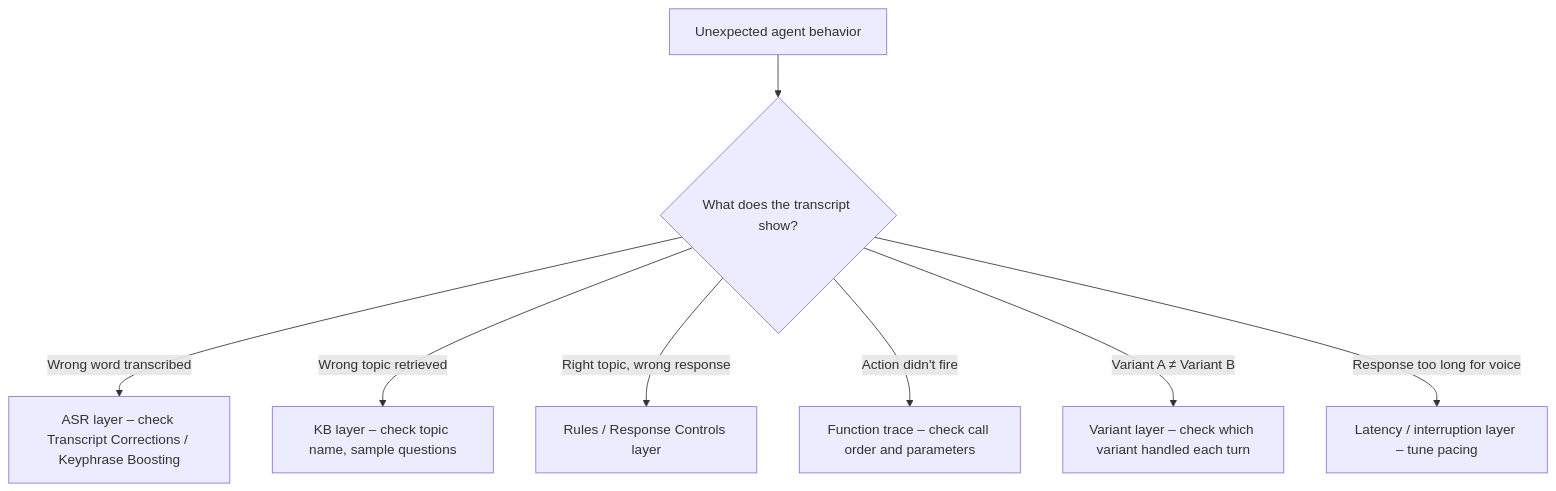
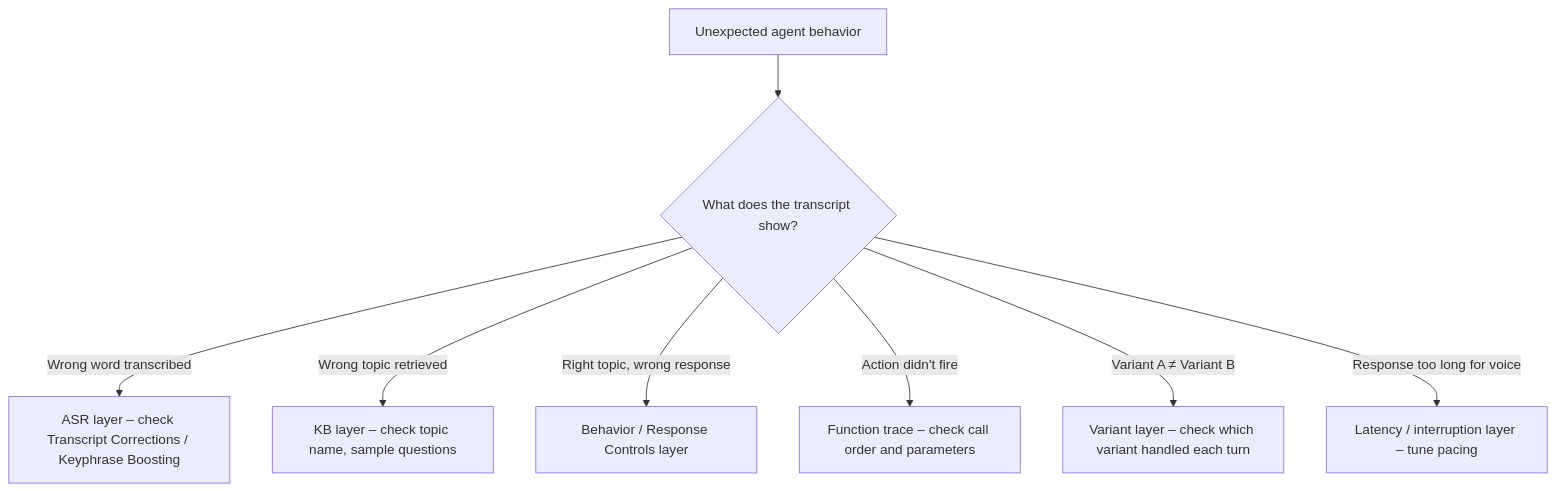
The diagram in learn/guides/advanced/conv-review.mdx (PolyAI-LDN/polyai-mintlify-doc), drawn with Mermaid before and after one commit. The commit also changed other lines of this file and 42 other files, not shown here.

````diff
--- a/learn/guides/advanced/conv-review.mdx
+++ b/learn/guides/advanced/conv-review.mdx
@@ -32,10 +32,10 @@
 ```mermaid
 flowchart TD
     A[Unexpected agent behavior] --> B{What does the transcript show?}
     B -->|Wrong word transcribed| C[ASR layer – check Transcript Corrections / Keyphrase Boosting]
     B -->|Wrong topic retrieved| D[KB layer – check topic name, sample questions]
-    B -->|Right topic, wrong response| E[Rules / Response Controls layer]
+    B -->|Right topic, wrong response| E[Behavior / Response Controls layer]
     B -->|Action didn't fire| F[Function trace – check call order and parameters]
     B -->|Variant A ≠ Variant B| G[Variant layer – check which variant handled each turn]
     B -->|Response too long for voice| H[Latency / interruption layer – tune pacing]
 ```
````
